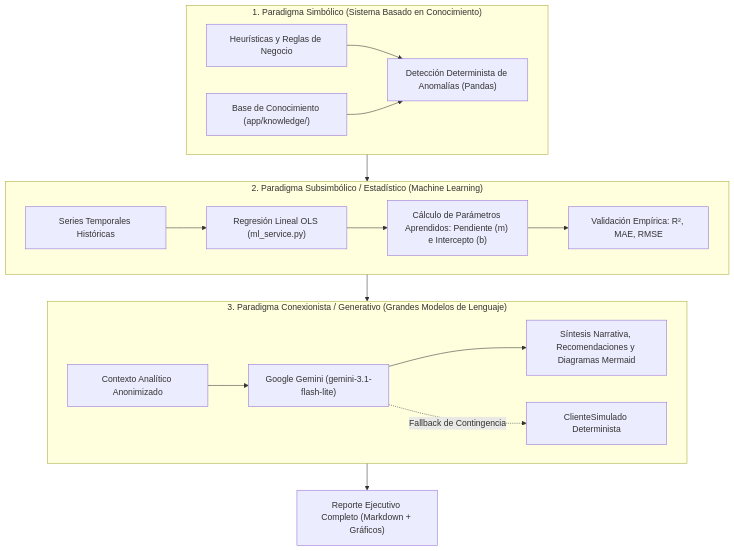
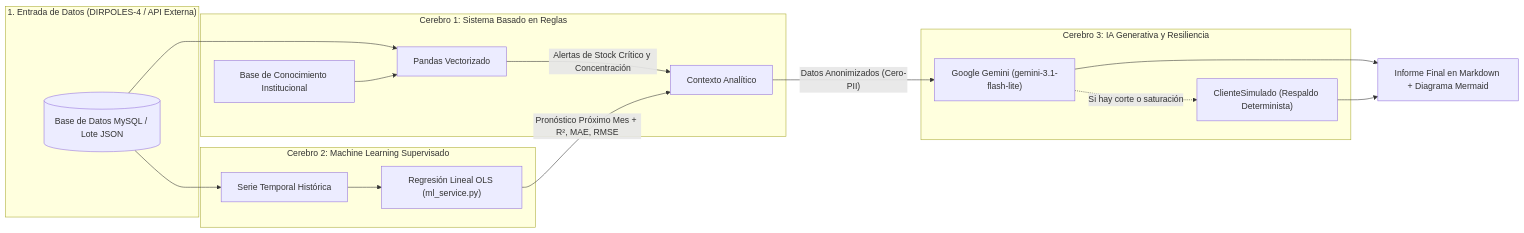
The diagram in docs/COMPONENTE_INTELIGENTE_TEORIA_Y_MEJORAS.md (mroberth/DIRPOLES-IA), drawn with Mermaid before and after one commit. The commit also changed other lines of this file, not shown here.

````diff
--- a/docs/COMPONENTE_INTELIGENTE_TEORIA_Y_MEJORAS.md
+++ b/docs/COMPONENTE_INTELIGENTE_TEORIA_Y_MEJORAS.md
@@ -38,23 +136,32 @@
 ```mermaid
-flowchart TD
-    subgraph S1["1. Paradigma Simbólico (Sistema Basado en Conocimiento)"]
-        A["Heurísticas y Reglas de Negocio"] --> B["Detección Determinista de Anomalías (Pandas)"]
-        KB["Base de Conocimiento (app/knowledge/)"] --> B
+flowchart LR
+    subgraph D4["1. Entrada de Datos (DIRPOLES-4 / API Externa)"]
+        BD[("Base de Datos MySQL / Lote JSON")]
     end
 
-    subgraph S2["2. Paradigma Subsimbólico / Estadístico (Machine Learning)"]
-        C["Series Temporales Históricas"] --> D["Regresión Lineal OLS (ml_service.py)"]
-        D --> E["Cálculo de Parámetros Aprendidos: Pendiente (m) e Intercepto (b)"]
-        E --> F["Validación Empírica: R², MAE, RMSE"]
+    subgraph N1["Cerebro 1: Sistema Basado en Reglas"]
+        PANDAS["Pandas Vectorizado"]
+        REGLAS["Base de Conocimiento Institucional"]
+        BD --> PANDAS
+        REGLAS --> PANDAS
+        PANDAS -->|"Alertas de Stock Crítico y Concentración"| CONTEXTO["Contexto Analítico"]
     end
 
-    subgraph S3["3. Paradigma Conexionista / Generativo (Grandes Modelos de Lenguaje)"]
-        G["Contexto Analítico Anonimizado"] --> H["Google Gemini (gemini-3.1-flash-lite)"]
-        H --> I["Síntesis Narrativa, Recomendaciones y Diagramas Mermaid"]
-        H -.->|"Fallback de Contingencia"| J["ClienteSimulado Determinista"]
+    subgraph N2["Cerebro 2: Machine Learning Supervisado"]
+        SERIE["Serie Temporal Histórica"]
+        OLS["Regresión Lineal OLS (ml_service.py)"]
+        BD --> SERIE
+        SERIE --> OLS
+        OLS -->|"Pronóstico Próximo Mes + R², MAE, RMSE"| CONTEXTO
     end
 
-    S1 --> S2
-    S2 --> S3
-    S3 --> OUT["Reporte Ejecutivo Completo (Markdown + Gráficos)"]
+    subgraph N3["Cerebro 3: IA Generativa y Resiliencia"]
+        GEMINI["Google Gemini (gemini-3.1-flash-lite)"]
+        FALLBACK["ClienteSimulado (Respaldo Determinista)"]
+        CONTEXTO -->|"Datos Anonimizados (Cero-PII)"| GEMINI
+        GEMINI -.->|"Si hay corte o saturación"| FALLBACK
+    end
+
+    GEMINI --> REPORTE["Informe Final en Markdown + Diagrama Mermaid"]
+    FALLBACK --> REPORTE
 ```
````
